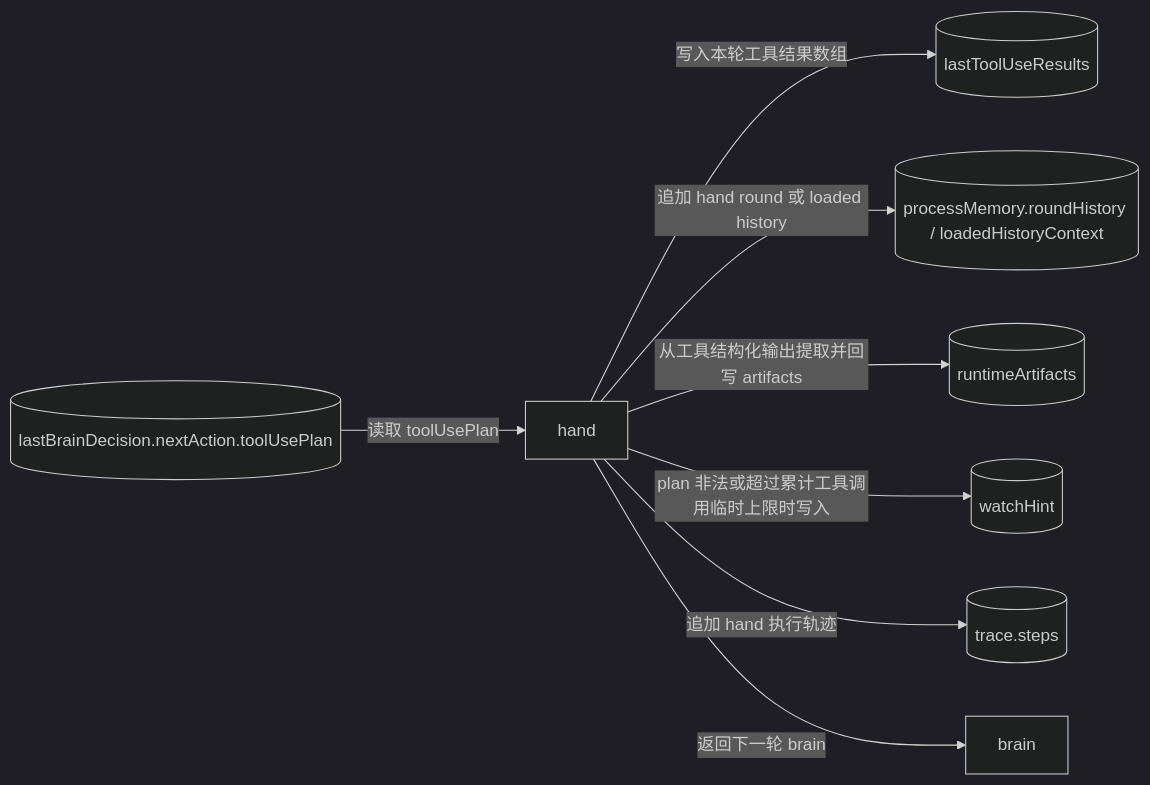
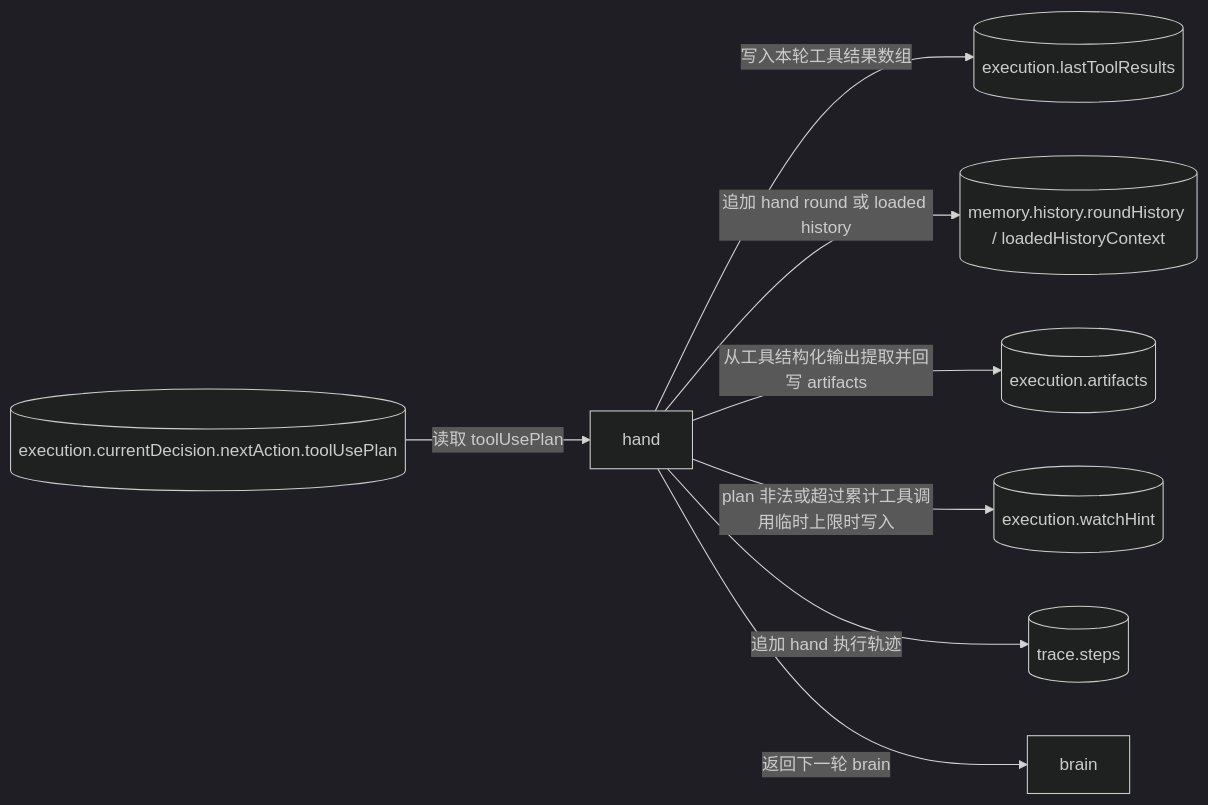
One commit to Yoan98/Ncurator changed the sixth of 7 diagrams in doc/ai-design/data-definition-and-flow.md. Above: the diagram before and after it, drawn with Mermaid (dark theme). The commit also changed other lines of this file and 52 other files, not shown here.

````diff
--- a/doc/ai-design/data-definition-and-flow.md
+++ b/doc/ai-design/data-definition-and-flow.md
@@ -948,19 +932,19 @@
 ```mermaid
 flowchart LR
-    LBD[("lastBrainDecision.nextAction.toolUsePlan")]
+    CD[("execution.currentDecision.nextAction.toolUsePlan")]
     H["hand"]
-    LTR[("lastToolUseResults")]
-    PM[("processMemory.roundHistory / loadedHistoryContext")]
-    A[("runtimeArtifacts")]
-    WH[("watchHint")]
+    LTR[("execution.lastToolResults")]
+    PM[("memory.history.roundHistory / loadedHistoryContext")]
+    A[("execution.artifacts")]
+    WH[("execution.watchHint")]
     TR[("trace.steps")]
     B["brain"]
 
-    LBD -->|读取 toolUsePlan| H
+    CD -->|读取 toolUsePlan| H
     H -->|写入本轮工具结果数组| LTR
     H -->|追加 hand round 或 loaded history| PM
     H -->|从工具结构化输出提取并回写 artifacts| A
     H -->|plan 非法或超过累计工具调用临时上限时写入| WH
     H -->|追加 hand 执行轨迹| TR
     H -->|返回下一轮 brain| B
 ```
````
